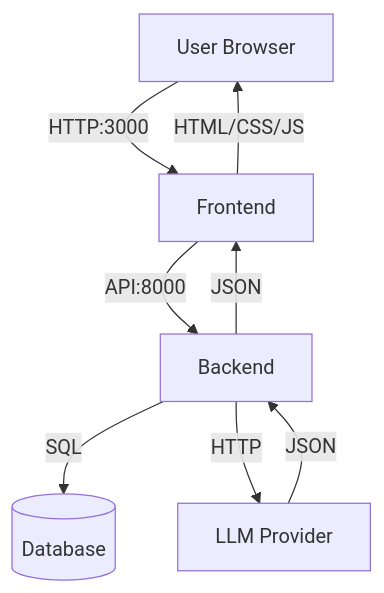
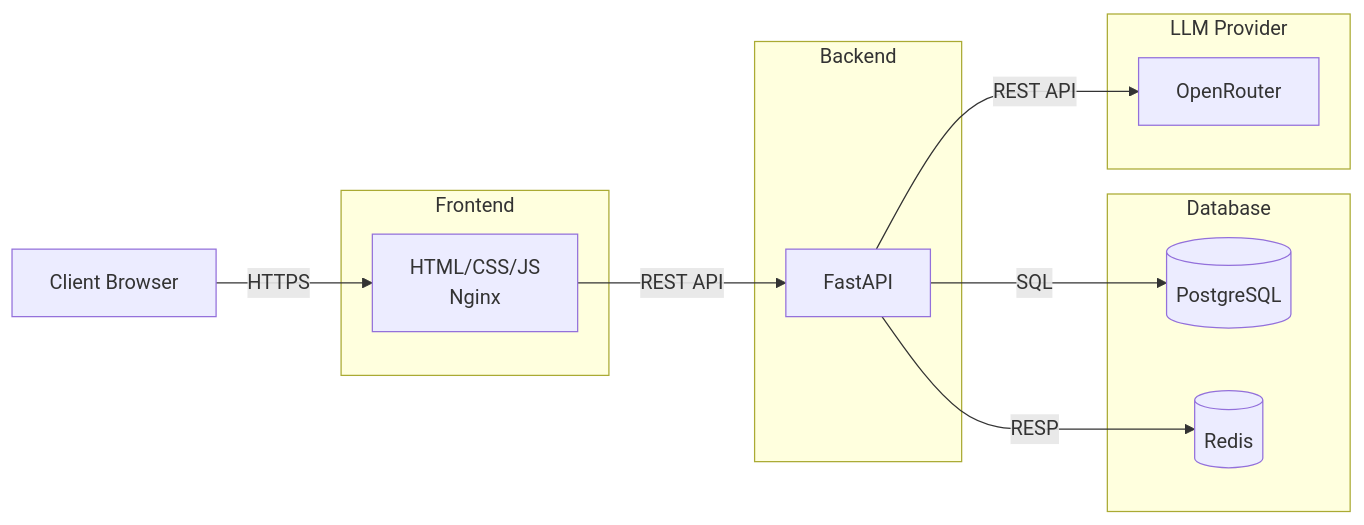
Before and after one commit to mksmvnv/sayfood: the diagram in docs/architecture.md, drawn with Mermaid. The commit also changed other lines of this file, not shown here.

Commit message:
docs: update system architecture diagram

````diff
--- a/docs/architecture.md
+++ b/docs/architecture.md
@@ -12,10 +12,27 @@
 ```mermaid
-graph TD
-    User[User Browser] -->|HTTP:3000| FE[Frontend]
-    FE -->|API:8000| BE[Backend]
-    BE -->|SQL| DB[(Database)]
-    BE -->|HTTP| LLM[LLM Provider]
-    LLM -->|JSON| BE
-    BE -->|JSON| FE
-    FE -->|HTML/CSS/JS| User
+flowchart LR
+    U[Client Browser]
+
+    subgraph Frontend
+        FE[HTML/CSS/JS<br>Nginx]
+    end
+
+    subgraph Backend
+        BE[FastAPI]
+    end
+
+    subgraph Database
+        PG[(PostgreSQL)]
+        RE[(Redis)]
+    end
+
+    subgraph LLM[LLM Provider]
+        OR[OpenRouter]
+    end
+
+    U -->|HTTPS| FE
+    FE -->|REST API| BE
+    BE -->|REST API| OR
+    BE -->|SQL| PG
+    BE -->|RESP| RE
 ```
````
